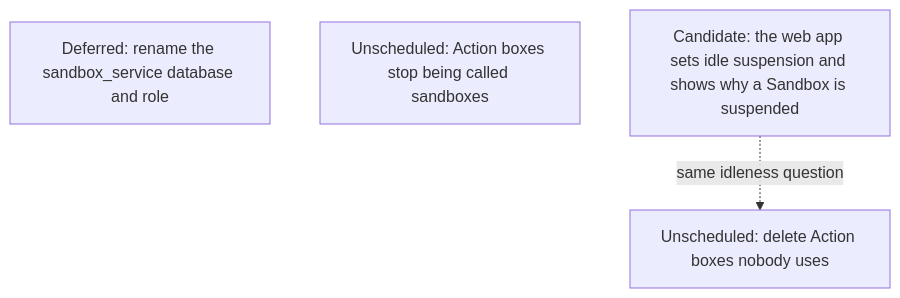
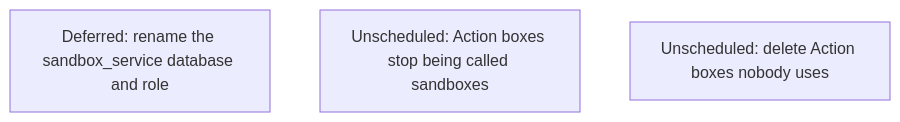
One commit to agentydragon-agent/ducktape changed diagram 12 of 16 in agentplane/plans/task_dag.md. Above: the diagram before and after it, drawn with Mermaid. The commit also changed other lines of this file and 25 other files, not shown here.

````diff
--- a/agentplane/plans/task_dag.md
+++ b/agentplane/plans/task_dag.md
@@ -1320,7 +1303,6 @@
 ```mermaid
 flowchart TD
     HISTORY_DATABASE_RENAME[Deferred: rename the sandbox_service database and role]
     ACTION_BOX_RENAME[Unscheduled: Action boxes stop being called sandboxes]
     ACTION_BOX_IDLE_REAPER[Unscheduled: delete Action boxes nobody uses]
-    SANDBOX_IDLE_EXPIRY[Candidate: the web app sets idle suspension and shows why a Sandbox is suspended] -. same idleness question .-> ACTION_BOX_IDLE_REAPER
 ```
````
